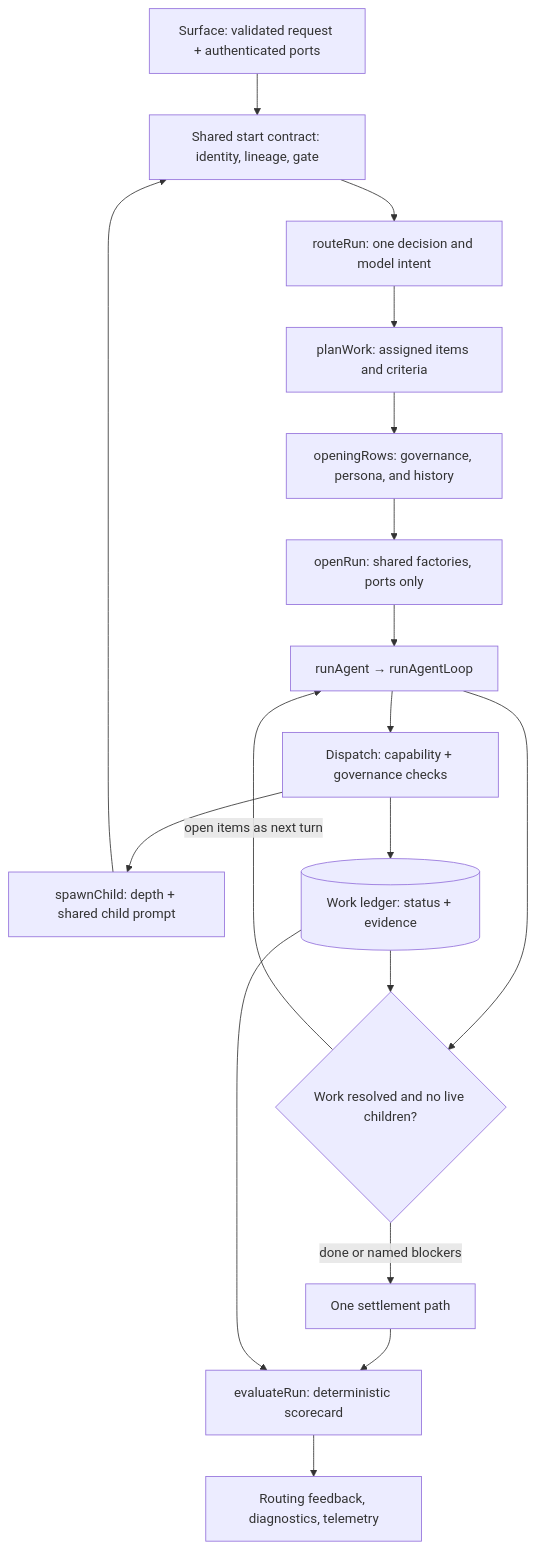
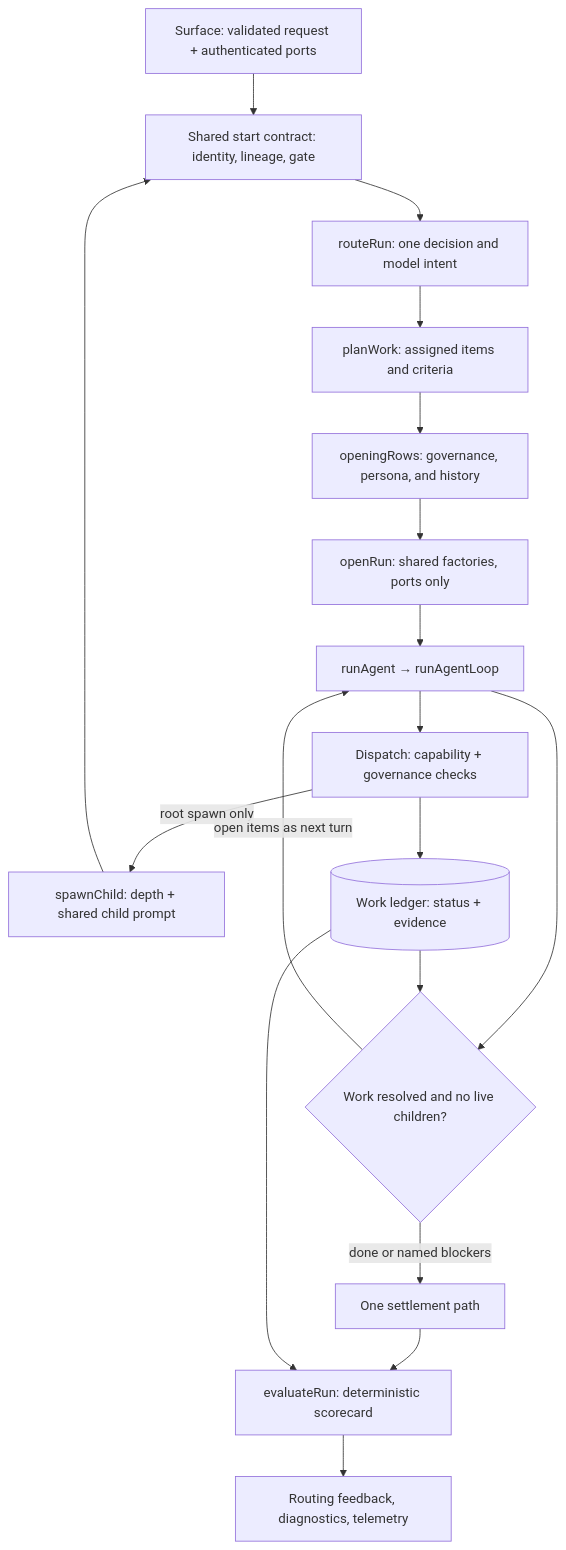
One commit to SeanHogg/Builderforce.ai changed the second of 2 diagrams in docs/specs/_scratch-agent-pipeline-map.md. Above: the diagram before and after it, drawn with Mermaid. The commit also changed other lines of this file and 19 other files, not shown here.

````diff
--- a/docs/specs/_scratch-agent-pipeline-map.md
+++ b/docs/specs/_scratch-agent-pipeline-map.md
@@ -92,20 +92,20 @@
 ```mermaid
 flowchart TD
   Surface[Surface: validated request + authenticated ports] --> Start[Shared start contract: identity, lineage, gate]
   Spawn[spawnChild: depth + shared child prompt] --> Start
   Start --> Route[routeRun: one decision and model intent]
   Route --> Work[planWork: assigned items and criteria]
   Work --> Opening[openingRows: governance, persona, and history]
   Opening --> Compose[openRun: shared factories, ports only]
   Compose --> Kernel[runAgent → runAgentLoop]
   Kernel --> Dispatch[Dispatch: capability + governance checks]
-  Dispatch --> Spawn
+  Dispatch -->|root spawn only| Spawn
   Dispatch --> Ledger[(Work ledger: status + evidence)]
   Kernel --> Finish{Work resolved and no live children?}
   Ledger --> Finish
   Finish -->|open items as next turn| Kernel
   Finish -->|done or named blockers| Settle[One settlement path]
   Settle --> Grade[evaluateRun: deterministic scorecard]
   Ledger --> Grade
   Grade --> Outcome[Routing feedback, diagnostics, telemetry]
 ```
````
